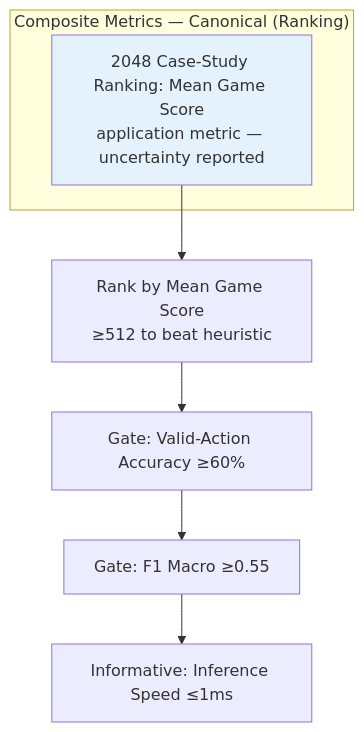
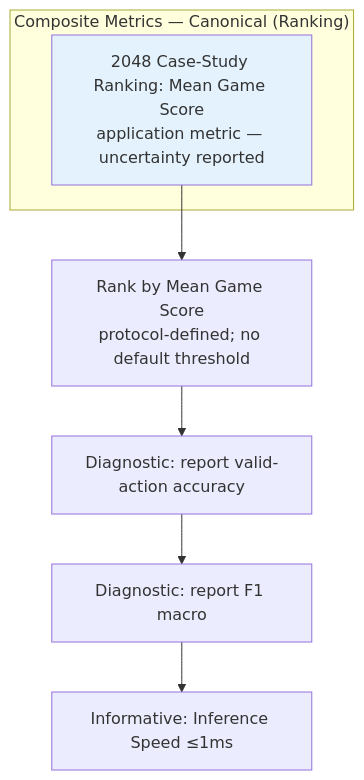
One commit to Evintkoo/2048-ml changed the sixth of 8 diagrams in plans/05-Model/04-Evaluation/03-metrics.md. Above: the diagram before and after it, drawn with Mermaid. The commit also changed other lines of this file and 198 other files, not shown here.

````diff
--- a/plans/05-Model/04-Evaluation/03-metrics.md
+++ b/plans/05-Model/04-Evaluation/03-metrics.md
@@ -119,13 +119,13 @@
 ```mermaid
 flowchart TD
     subgraph "Composite Metrics — Canonical (Ranking)"
         ModelPerf[2048 Case-Study Ranking: Mean Game Score<br/>application metric — uncertainty reported]
     end
     
-    ModelPerf --> Rank[Rank by Mean Game Score<br/>≥512 to beat heuristic]
-    Rank --> Gate1[Gate: Valid-Action Accuracy ≥60%]
-    Gate1 --> Gate2[Gate: F1 Macro ≥0.55]
+    ModelPerf --> Rank[Rank by Mean Game Score<br/>protocol-defined; no default threshold]
+    Rank --> Gate1[Diagnostic: report valid-action accuracy]
+    Gate1 --> Gate2[Diagnostic: report F1 macro]
     Gate2 --> SpeedW[Informative: Inference Speed ≤1ms]
     
     style ModelPerf fill:#e3f2fd
 ```
````
